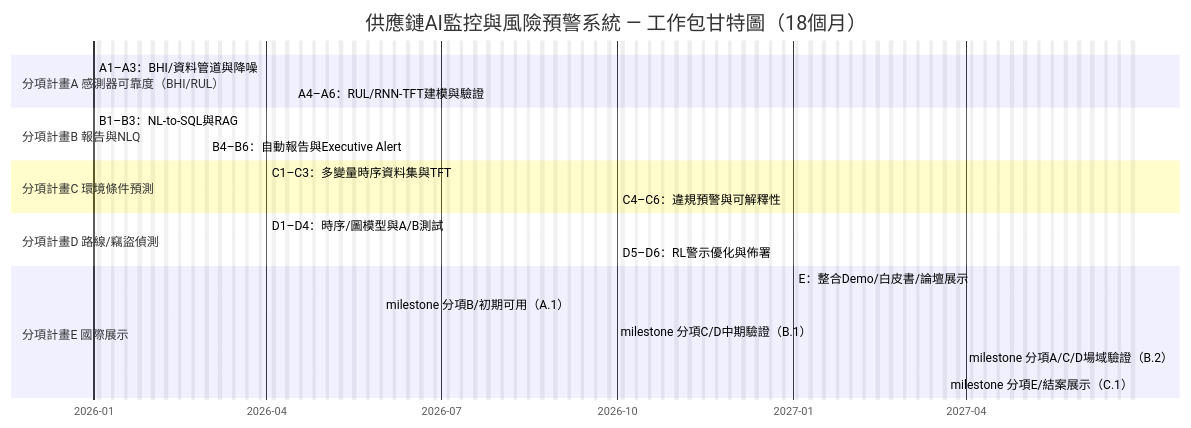
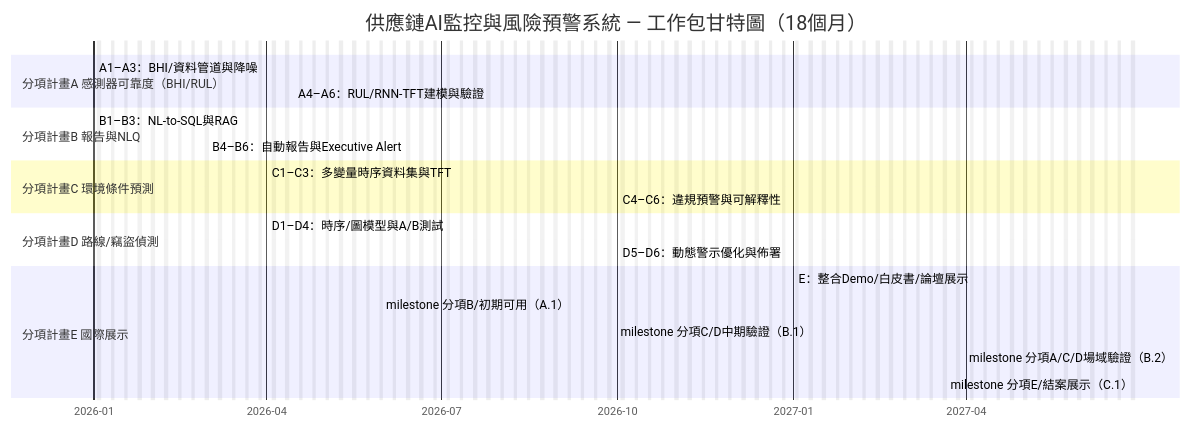
The first of 2 diagrams in proposal/AI應用躍昇計畫-計畫書-提交版.md (jshuo/ai-moea-proposal), drawn with Mermaid before and after one commit. The commit also changed other lines of this file, not shown here.

````diff
--- a/proposal/AI應用躍昇計畫-計畫書-提交版.md
+++ b/proposal/AI應用躍昇計畫-計畫書-提交版.md
@@ -417,31 +447,31 @@
 ```mermaid
 gantt
     title 供應鏈AI監控與風險預警系統 — 工作包甘特圖（18個月）
     dateFormat  YYYY-MM-DD
     axisFormat  %Y-%m
     excludes    weekends
 
    section 分項計畫A 感測器可靠度（BHI/RUL）
    A1–A3：BHI/資料管道與降噪         :a1, 2026-01-01, 4m
    A4–A6：RUL/RNN-TFT建模與驗證      :a2, 2026-04-15, 6m
 
    section 分項計畫B 報告與NLQ
    B1–B3：NL-to-SQL與RAG            :b1, 2026-01-01, 3.5m
    B4–B6：自動報告與Executive Alert  :b2, 2026-03-01, 2.5m
 
    section 分項計畫C 環境條件預測
    C1–C3：多變量時序資料集與TFT     :c1, 2026-04-01, 8m
    C4–C6：違規預警與可解釋性         :c2, 2026-10-01, 4m
 
    section 分項計畫D 路線/竊盜偵測
    D1–D4：時序/圖模型與A/B測試      :d1, 2026-04-01, 9m
-   D5–D6：RL警示優化與佈署           :d2, 2026-10-01, 5m
+   D5–D6：動態警示優化與佈署          :d2, 2026-10-01, 5m
 
    section 分項計畫E 國際展示
    E：整合Demo/白皮書/論壇展示       :e, 2027-01-01, 6m
 
    milestone 分項B/初期可用（A.1）   :m1, 2026-05-31, 0d
    milestone 分項C/D中期驗證（B.1）  :m2, 2026-09-30, 0d
    milestone 分項A/C/D場域驗證（B.2）:m3, 2027-03-31, 0d
    milestone 分項E/結案展示（C.1）   :m4, 2027-06-30, 0d
 ```
````
